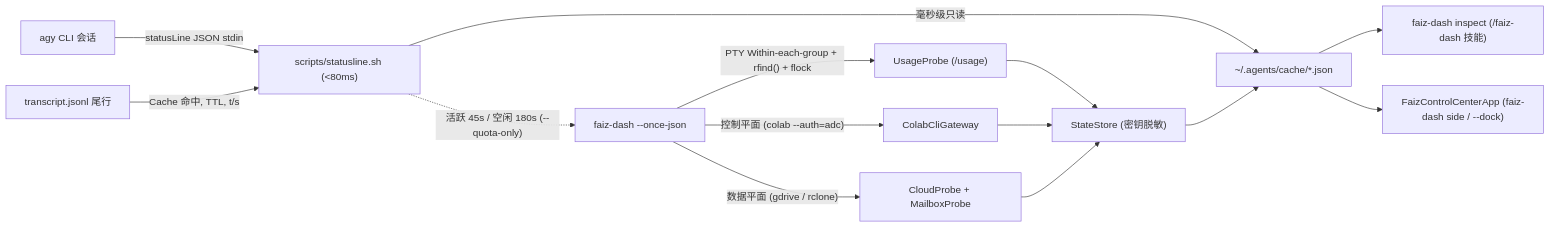
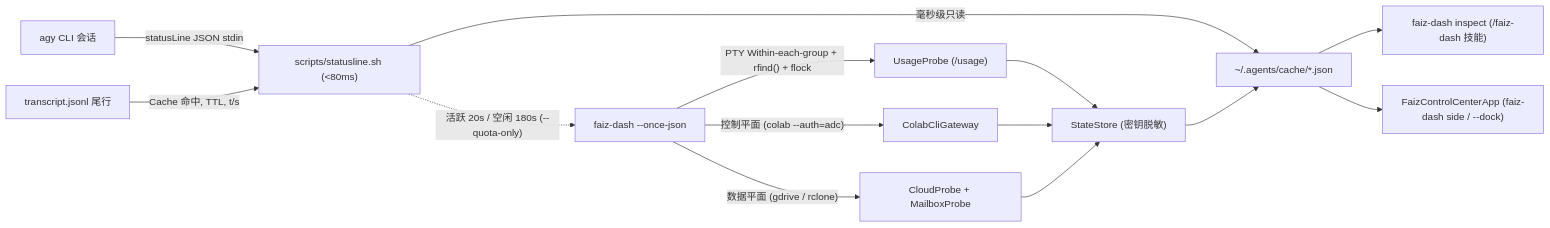
One commit to Jamie-z-Jianmin/faiz-control-center changed the diagram in README.zh-CN.md. Above: the diagram before and after it, drawn with Mermaid. The commit also changed other lines of this file and 7 other files, not shown here.

````diff
--- a/README.zh-CN.md
+++ b/README.zh-CN.md
@@ -38,16 +38,16 @@
 ```mermaid
 flowchart LR
     Agy["agy CLI 会话"] -->|"statusLine JSON stdin"| SL["scripts/statusline.sh (<80ms)"]
     Transcript["transcript.jsonl 尾行"] -->|"Cache 命中, TTL, t/s"| SL
     SL -->|"毫秒级只读"| Cache["~/.agents/cache/*.json"]
-    SL -.->|"活跃 45s / 空闲 180s (--quota-only)"| Daemon["faiz-dash --once-json"]
+    SL -.->|"活跃 20s / 空闲 180s (--quota-only)"| Daemon["faiz-dash --once-json"]
     Daemon -->|"PTY Within-each-group + rfind() + flock"| Usage["UsageProbe (/usage)"]
     Daemon -->|"控制平面 (colab --auth=adc)"| Colab["ColabCliGateway"]
     Daemon -->|"数据平面 (gdrive / rclone)"| Cloud["CloudProbe + MailboxProbe"]
     Usage --> Store["StateStore (密钥脱敏)"]
     Colab --> Store
     Cloud --> Store
     Store --> Cache
     Cache --> Inspect["faiz-dash inspect (/faiz-dash 技能)"]
     Cache --> TUI["FaizControlCenterApp (faiz-dash side / --dock)"]
 ```
````
